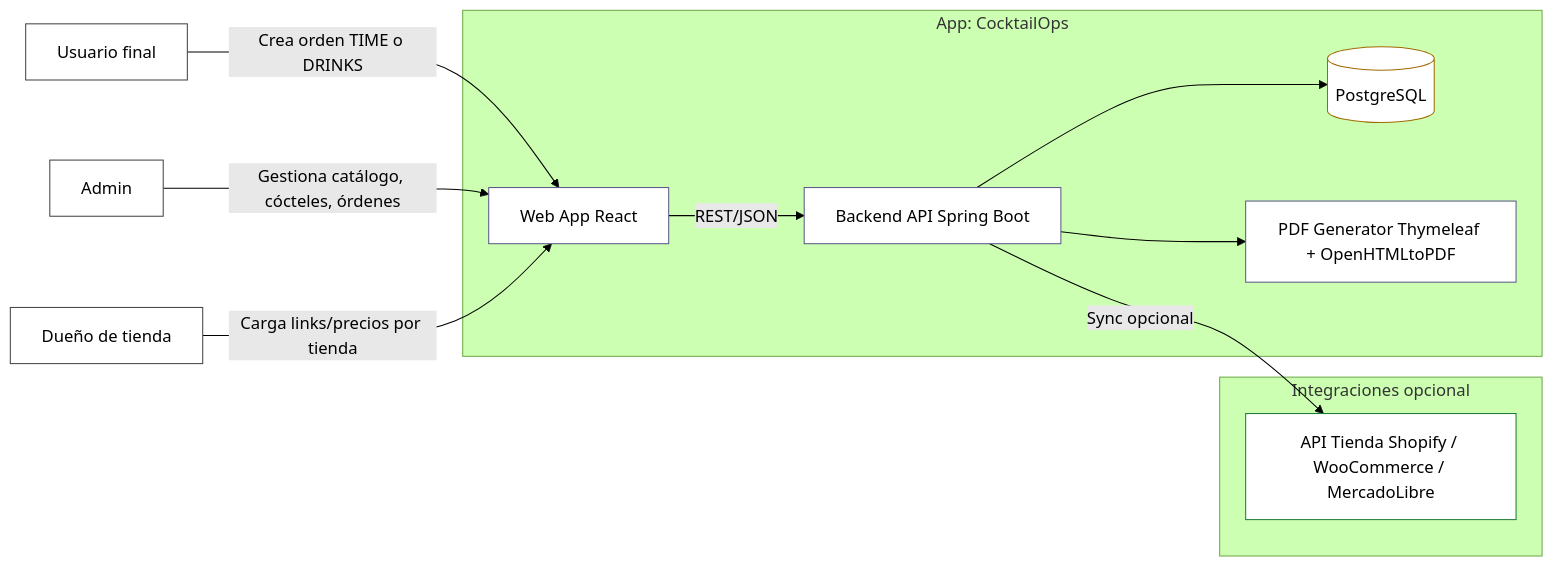
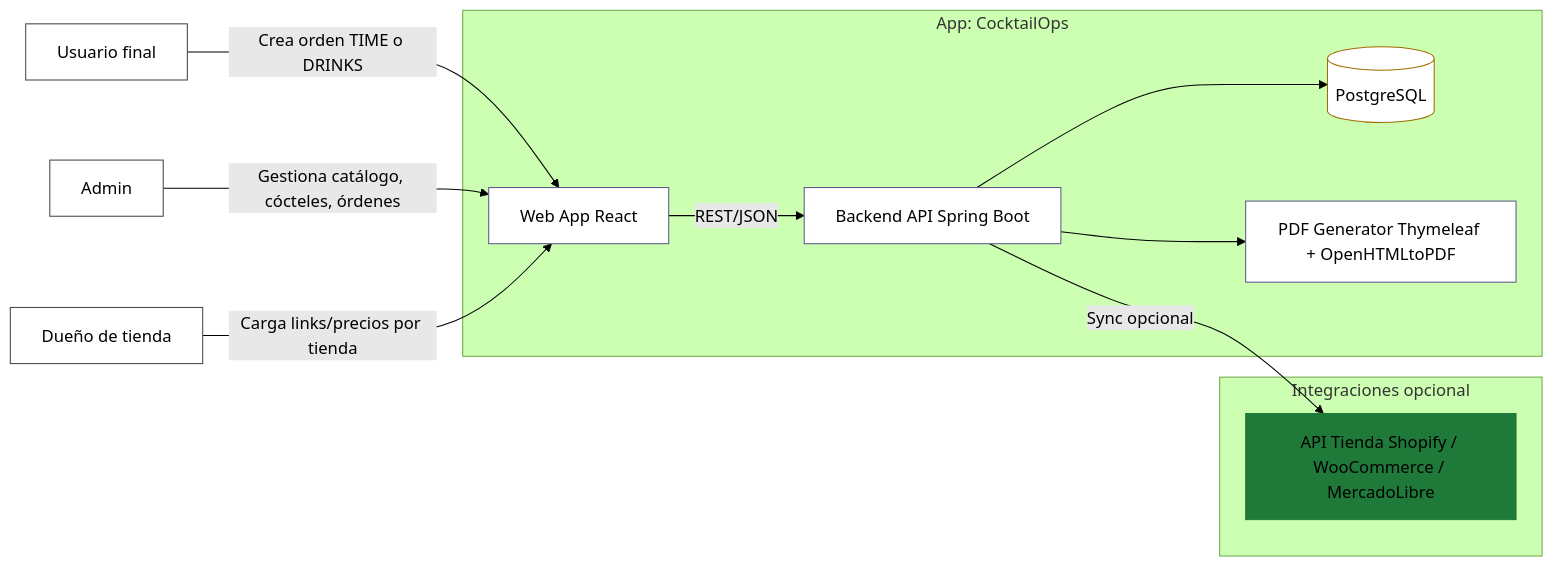
The second of 3 diagrams in backend/README.md (Fran3103/CocktailOps), drawn with Mermaid (forest theme) before and after one commit. The commit also changed other lines of this file, not shown here.

````diff
--- a/backend/README.md
+++ b/backend/README.md
@@ -670,37 +763,37 @@
 ```mermaid
 flowchart LR
 
 U[Usuario final]
 A[Admin]
 S[Dueño de tienda]
 
 subgraph SYS[App: CocktailOps]
   FE[Web App React]
   BE[Backend API Spring Boot]
   DB[(PostgreSQL)]
   PDF[PDF Generator Thymeleaf + OpenHTMLtoPDF]
 end
 
 subgraph EXT[Integraciones opcional]
   SHOPAPI[API Tienda Shopify / WooCommerce / MercadoLibre]
 end
 
 U -->|Crea orden TIME o DRINKS| FE
 A -->|Gestiona catálogo, cócteles, órdenes| FE
 S -->|Carga links/precios por tienda| FE
 
 FE -->|REST/JSON| BE
 BE --> DB
 BE --> PDF
 BE -->|Sync opcional| SHOPAPI
 
 class U,A,S actor
 class FE,BE,PDF box
 class DB db
 class SHOPAPI ext
 
 classDef actor fill:#ffffff,stroke:#444,stroke-width:1px
 classDef box fill:#ffffff,stroke:#5a5a8a,stroke-width:1px
 classDef db fill:#ffffff,stroke:#a06a00,stroke-width:1px
-classDef ext fill:#ffffff,stroke:#1f7a3a,stroke-width:1px
+classDef ext fill:#1f7a3a,stroke:#1f7a3a,stroke-width:1px
 ```
````
